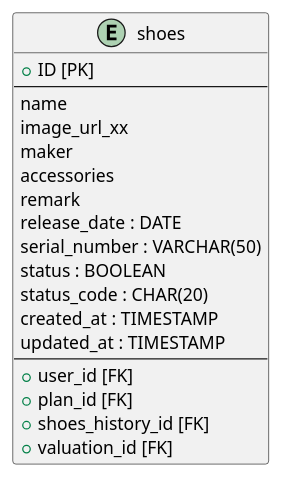
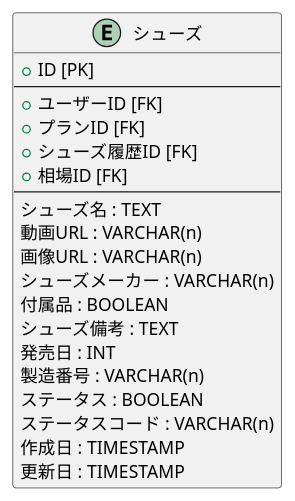
Before and after one commit to mybz-inc/sneaker: the diagram in db/shoes.pu, drawn with PlantUML. The commit also changed 17 other files, not shown here.

```diff
--- a/db/shoes.pu
+++ b/db/shoes.pu
@@ -1,22 +1,23 @@
-@startuml shoes
-entity shoes {
+@startuml シューズ
+entity シューズ {
   + ID [PK]
   --
-  name
-  image_url_xx
-  maker
-  accessories
-  remark
-  release_date : DATE
-  serial_number : VARCHAR(50)
-  status : BOOLEAN
-  status_code : CHAR(20)
-  created_at : TIMESTAMP
-  updated_at : TIMESTAMP
+  + ユーザーID [FK]
+  + プランID [FK]
+  + シューズ履歴ID [FK]
+  + 相場ID [FK]
   --
-  + user_id [FK]
-  + plan_id [FK]
-  + shoes_history_id [FK]
-  + valuation_id [FK]
+  シューズ名 : TEXT
+  動画URL : VARCHAR(n)
+  画像URL : VARCHAR(n)
+  シューズメーカー : VARCHAR(n)
+  付属品 : BOOLEAN
+  シューズ備考 : TEXT
+  発売日 : INT
+  製造番号 : VARCHAR(n)
+  ステータス : BOOLEAN
+  ステータスコード : VARCHAR(n)
+  作成日 : TIMESTAMP
+  更新日 : TIMESTAMP
 }
 @enduml
```
